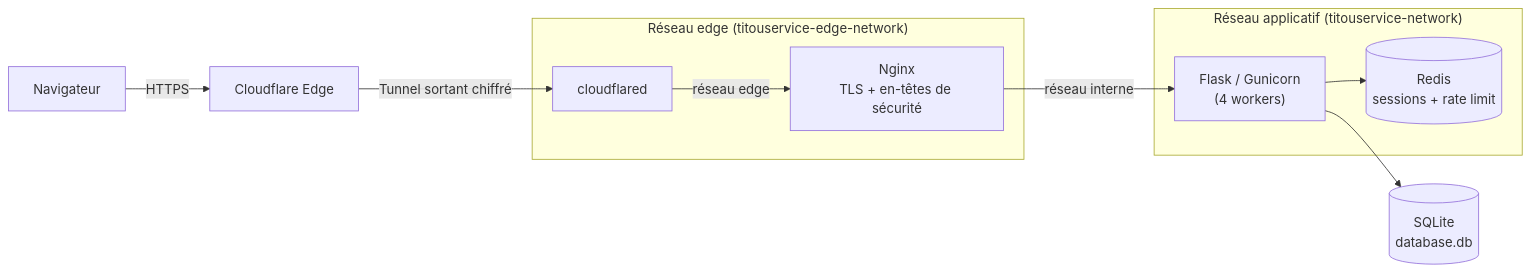
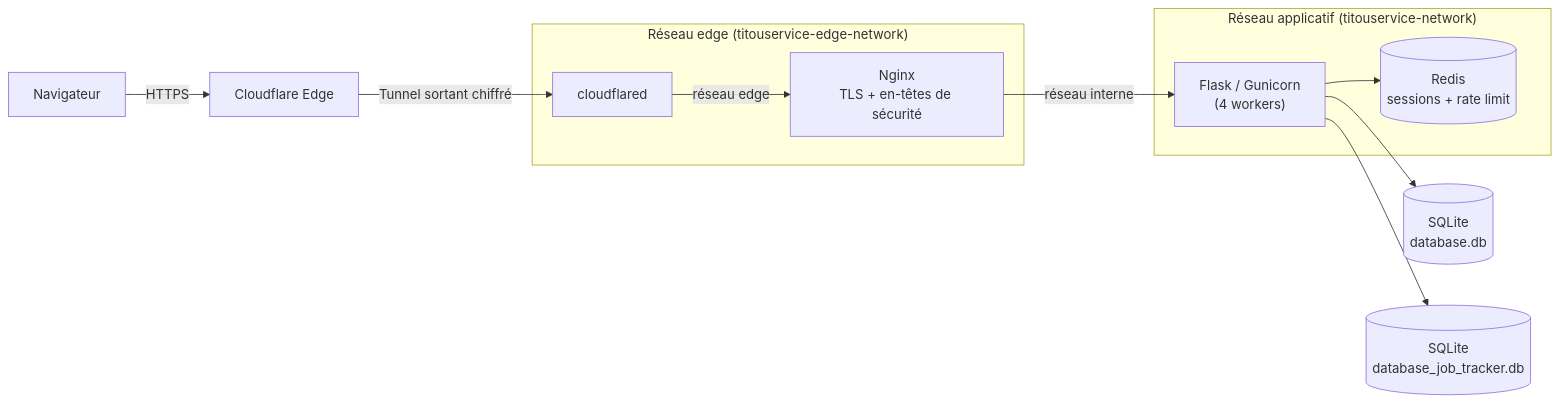
One commit to titou4n/titouservice changed the first of 2 diagrams in README.md. Above: the diagram before and after it, drawn with Mermaid. The commit also changed other lines of this file and 13 other files, not shown here.

Commit message:
fix job tracker + edit requirement + README (#24)

````diff
--- a/README.md
+++ b/README.md
@@ -67,20 +67,21 @@
 ```mermaid
 flowchart LR
     U["Navigateur"] -->|HTTPS| CF["Cloudflare Edge"]
     CF -->|Tunnel sortant chiffré| CFD["cloudflared"]
     CFD -->|réseau edge| NGINX["Nginx<br/>TLS + en-têtes de sécurité"]
     NGINX -->|réseau interne| FLASK["Flask / Gunicorn<br/>(4 workers)"]
     FLASK --> SQLITE[("SQLite<br/>database.db")]
+    FLASK --> SQLITE2[("SQLite<br/>database_job_tracker.db")]
     FLASK --> REDIS[("Redis<br/>sessions + rate limit")]
 
     subgraph "Réseau edge (titouservice-edge-network)"
         CFD
         NGINX
     end
 
     subgraph "Réseau applicatif (titouservice-network)"
         NGINX
         FLASK
         REDIS
     end
 ```
````
